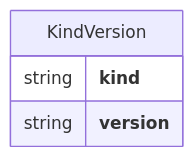
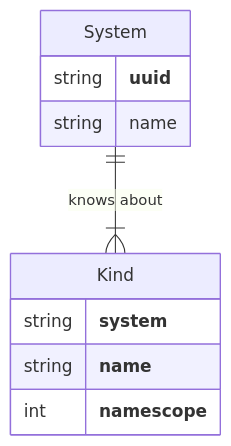
Before and after one commit to relexec/rxp: the first of 3 diagrams in docs/taxonomy.md, drawn with Mermaid. The commit also changed other lines of this file and 2 other files, not shown here.

First line of the commit message:
remove global and kind namescope

````diff
--- a/docs/taxonomy.md
+++ b/docs/taxonomy.md
@@ -8,7 +14,13 @@
 ```mermaid
 erDiagram
-    KindVersion {
-        string **kind**
-        string **version**
+    System ||--|{ Kind : "knows about"
+    System {
+        string **uuid**
+        string name
+    }
+    Kind {
+        string **system**
+        string **name**
+        int **namescope**
     }
 ```
````
